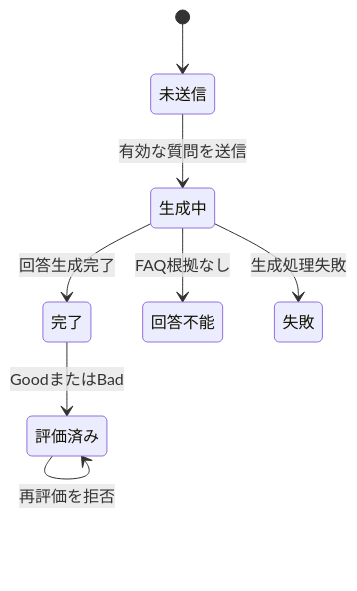
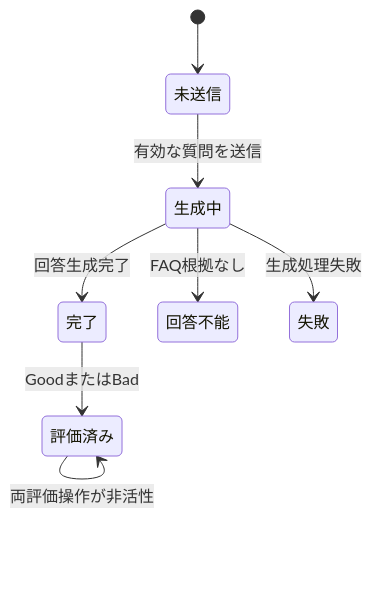
The fourth of 4 diagrams in .kiro/specs/internal-qa-ai/design.md (tf-shimura/helpo), drawn with Mermaid before and after one commit. The commit also changed other lines of this file and 3 other files, not shown here.

````diff
--- a/.kiro/specs/internal-qa-ai/design.md
+++ b/.kiro/specs/internal-qa-ai/design.md
@@ -330,10 +330,10 @@
 ```mermaid
 stateDiagram-v2
     [*] --> 未送信
     未送信 --> 生成中 : 有効な質問を送信
     生成中 --> 完了 : 回答生成完了
     生成中 --> 回答不能 : FAQ根拠なし
     生成中 --> 失敗 : 生成処理失敗
     完了 --> 評価済み : GoodまたはBad
-    評価済み --> 評価済み : 再評価を拒否
+    評価済み --> 評価済み : 両評価操作が非活性
 ```
````
